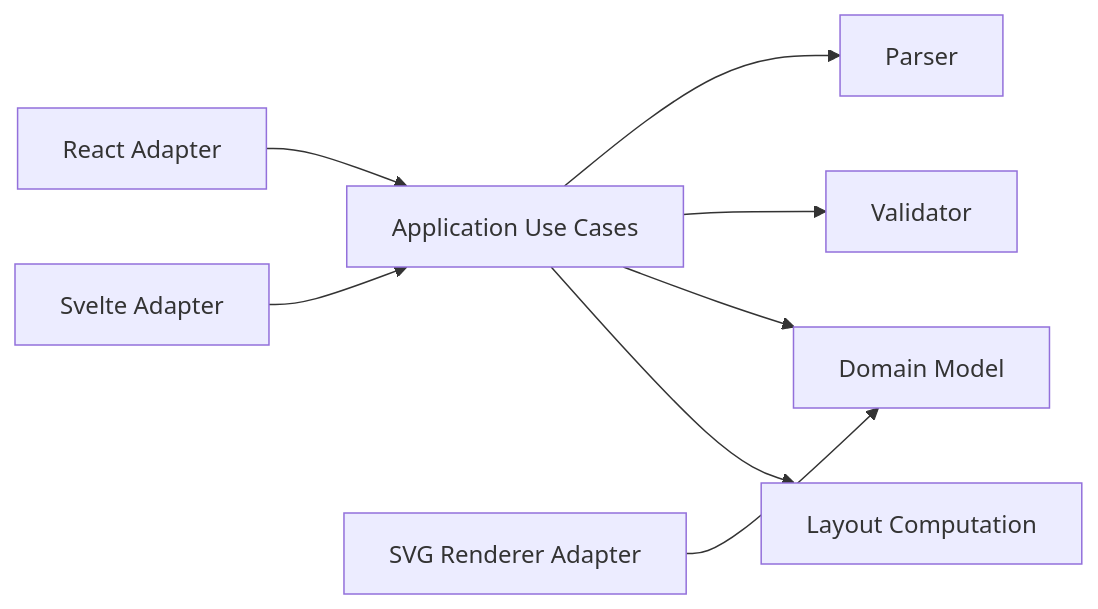
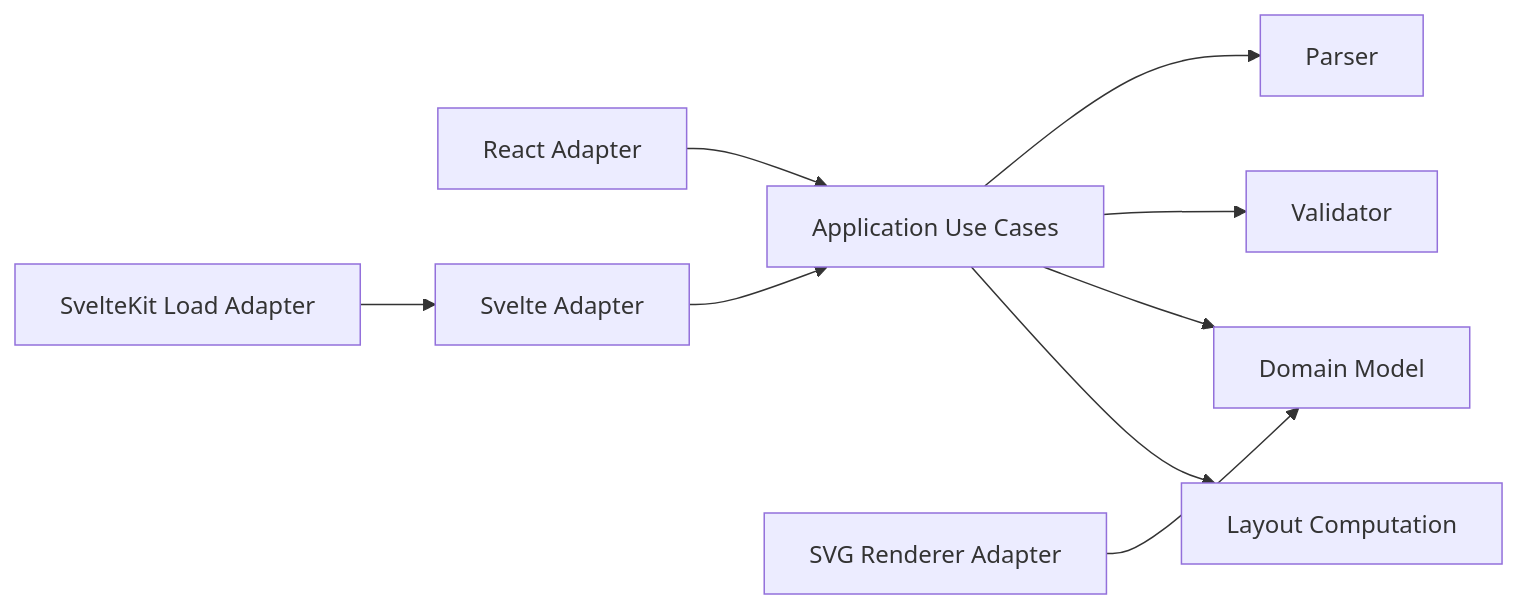
Before and after one commit to OneTesseractInMultiverse/vrl: the first of 2 diagrams in docs/architecture.md, drawn with Mermaid. The commit also changed other lines of this file and 21 other files, not shown here.

````diff
--- a/docs/architecture.md
+++ b/docs/architecture.md
@@ -5,10 +5,11 @@
 ```mermaid
 flowchart LR
   React[React Adapter] --> App[Application Use Cases]
   Svelte[Svelte Adapter] --> App
+  SvelteKit[SvelteKit Load Adapter] --> Svelte
   SVG[SVG Renderer Adapter] --> Domain[Domain Model]
   App --> Parser[Parser]
   App --> Validator[Validator]
   App --> Domain
   App --> Layout[Layout Computation]
 ```
````
